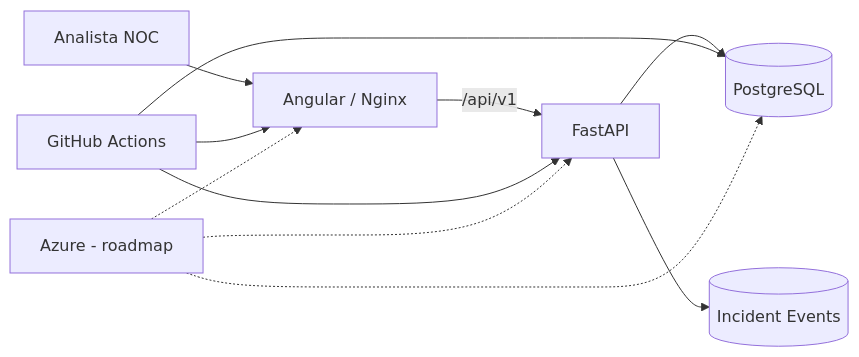
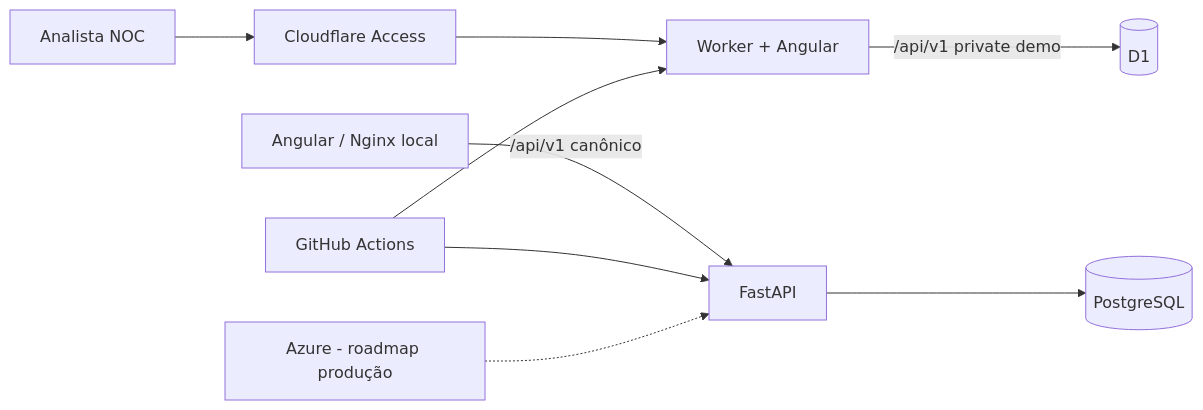
Before and after one commit to MSsanto/P0-NOC-Flow-Cloud-v2-: the diagram in README.md, drawn with Mermaid. The commit also changed other lines of this file, not shown here.

Commit message:
docs: refletir private demo Cloudflare full-stack

````diff
--- a/README.md
+++ b/README.md
@@ -194,13 +196,11 @@
 ```mermaid
 flowchart LR
-    U[Analista NOC] --> WEB[Angular / Nginx]
-    WEB -->|/api/v1| API[FastAPI]
+    U[Analista NOC] --> CF[Cloudflare Access]
+    CF --> W[Worker + Angular]
+    W -->|/api/v1 private demo| D1[(D1)]
+    WEB[Angular / Nginx local] -->|/api/v1 canônico| API[FastAPI]
     API --> DB[(PostgreSQL)]
-    API --> EVT[(Incident Events)]
-    CI[GitHub Actions] --> WEB
+    CI[GitHub Actions] --> W
     CI --> API
-    CI --> DB
-    AZ[Azure - roadmap] -.-> WEB
-    AZ -.-> API
-    AZ -.-> DB
+    AZ[Azure - roadmap produção] -.-> API
 ```
````
